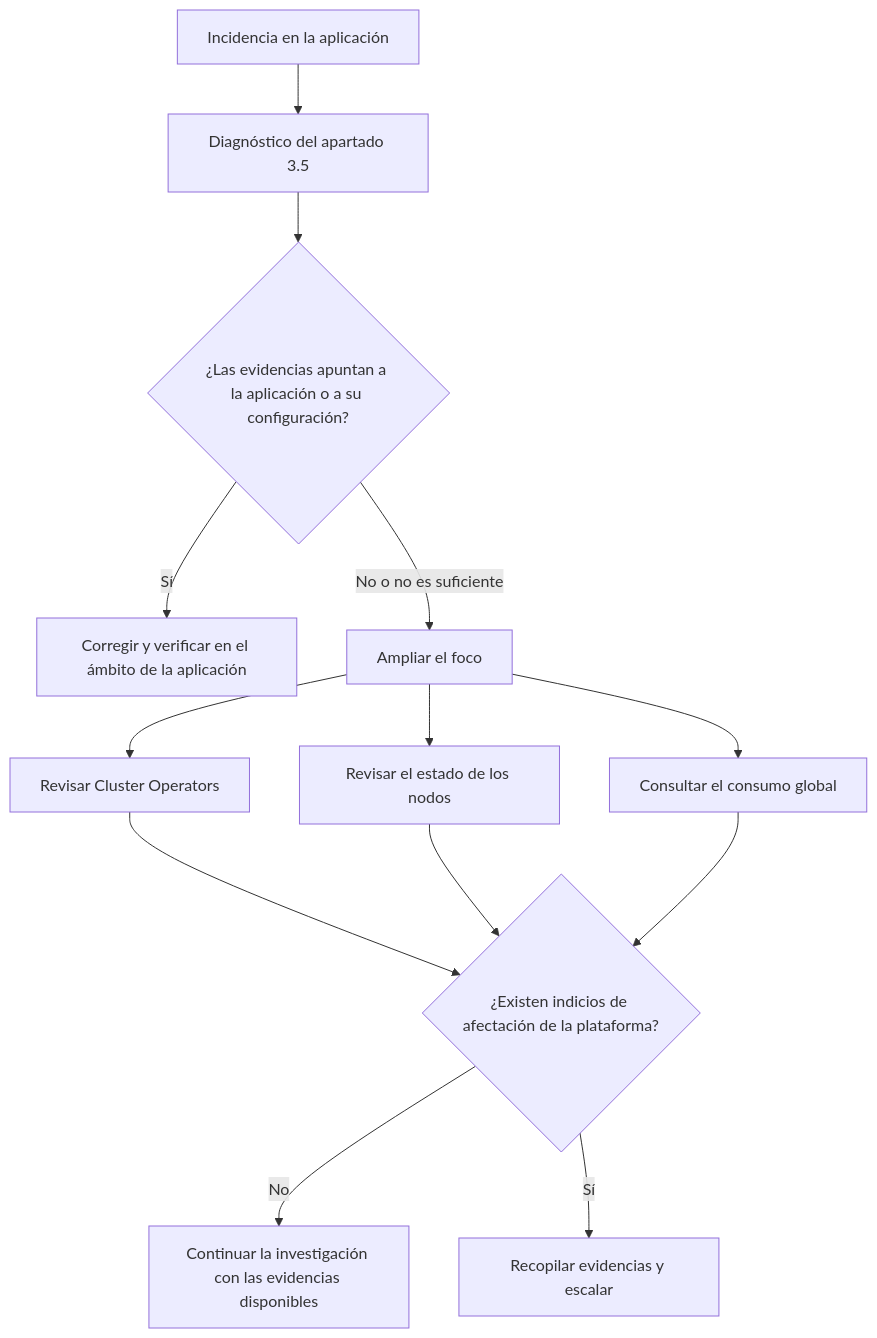
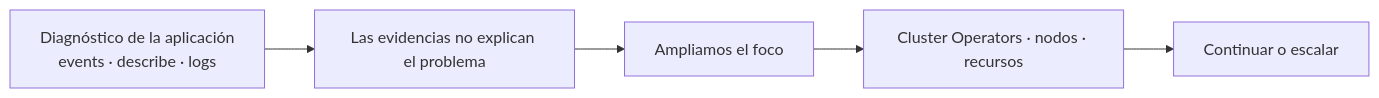
One commit to ieftraining/curso-openshift changed the diagram in docs/sesion3/3.6 Es mi aplicacion o es la plataforma.md. Above: the diagram before and after it, drawn with Mermaid. The commit also changed other lines of this file, not shown here.

````diff
--- a/docs/sesion3/3.6 Es mi aplicacion o es la plataforma.md
+++ b/docs/sesion3/3.6 Es mi aplicacion o es la plataforma.md
@@ -27,15 +27,8 @@
 ```mermaid
-flowchart TD
-    A[Incidencia en la aplicación] --> B[Diagnóstico del apartado 3.5]
-    B --> C{¿Las evidencias apuntan a la aplicación o a su configuración?}
-    C -->|Sí| D[Corregir y verificar en el ámbito de la aplicación]
-    C -->|No o no es suficiente| E[Ampliar el foco]
-    E --> F[Revisar Cluster Operators]
-    E --> G[Revisar el estado de los nodos]
-    E --> H[Consultar el consumo global]
-    F --> I{¿Existen indicios de afectación de la plataforma?}
-    G --> I
-    H --> I
-    I -->|No| J[Continuar la investigación con las evidencias disponibles]
-    I -->|Sí| K[Recopilar evidencias y escalar]
+flowchart LR
+    A[Diagnóstico de la aplicación<br/>events · describe · logs]
+    --> B[Las evidencias no explican el problema]
+    --> C[Ampliamos el foco]
+    --> D[Cluster Operators · nodos · recursos]
+    --> E[Continuar o escalar]
 ```
````
